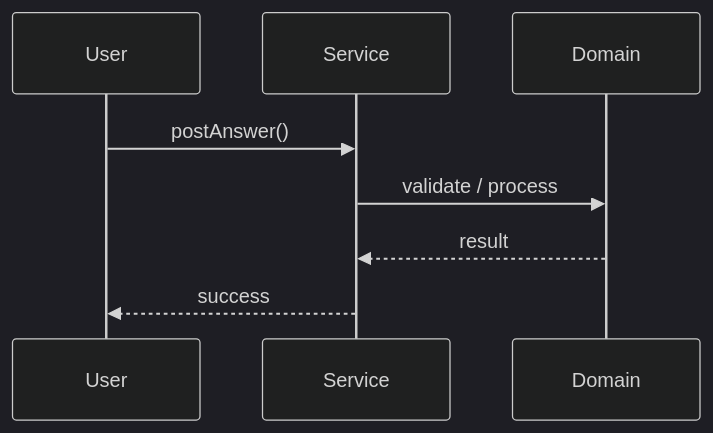
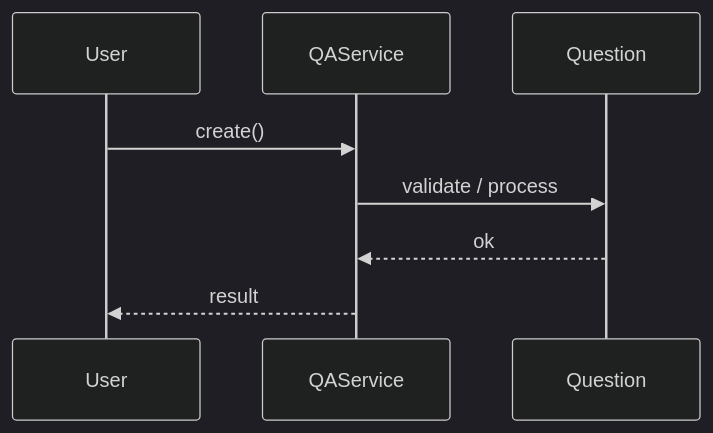
Before and after one commit to madhupaila/Interview-Prep-SSE: the second of 3 diagrams in Learn/System Design - Low Level Design/02-classic-ood/questions/Q28-stackoverflow-qa.md, drawn with Mermaid (dark theme). The commit also changed other lines of this file and 491 other files, not shown here.

````diff
--- a/Learn/System Design - Low Level Design/02-classic-ood/questions/Q28-stackoverflow-qa.md
+++ b/Learn/System Design - Low Level Design/02-classic-ood/questions/Q28-stackoverflow-qa.md
@@ -122,10 +155,10 @@
 ```mermaid
 sequenceDiagram
-    participant U as User
-    participant S as Service
-    participant D as Domain
-    U->>S: postAnswer()
-    S->>D: validate / process
-    D-->>S: result
-    S-->>U: success
+participant U as User
+participant S as QAService
+participant D as Question
+U->>S: create()
+S->>D: validate / process
+D-->>S: ok
+S-->>U: result
 ```
````
